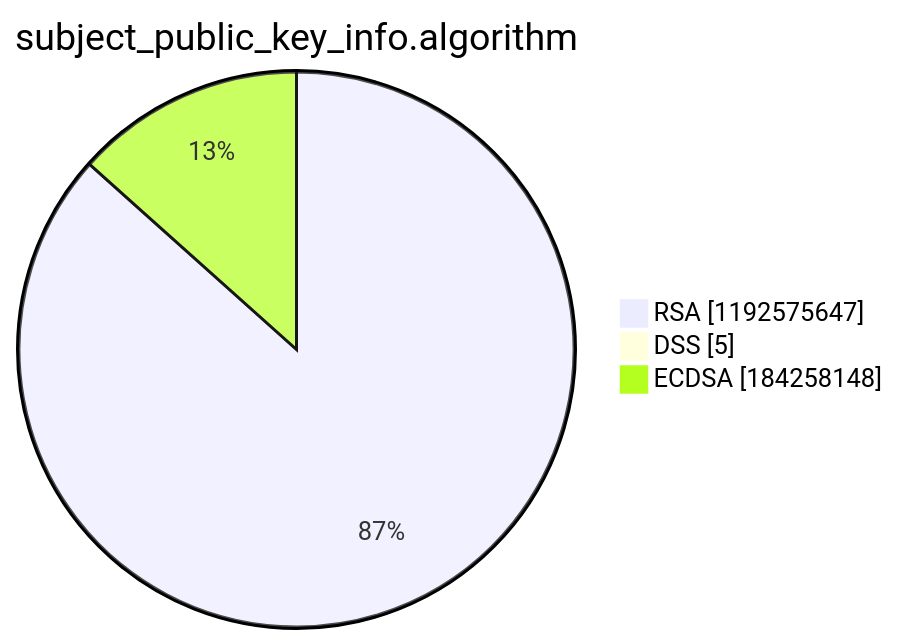
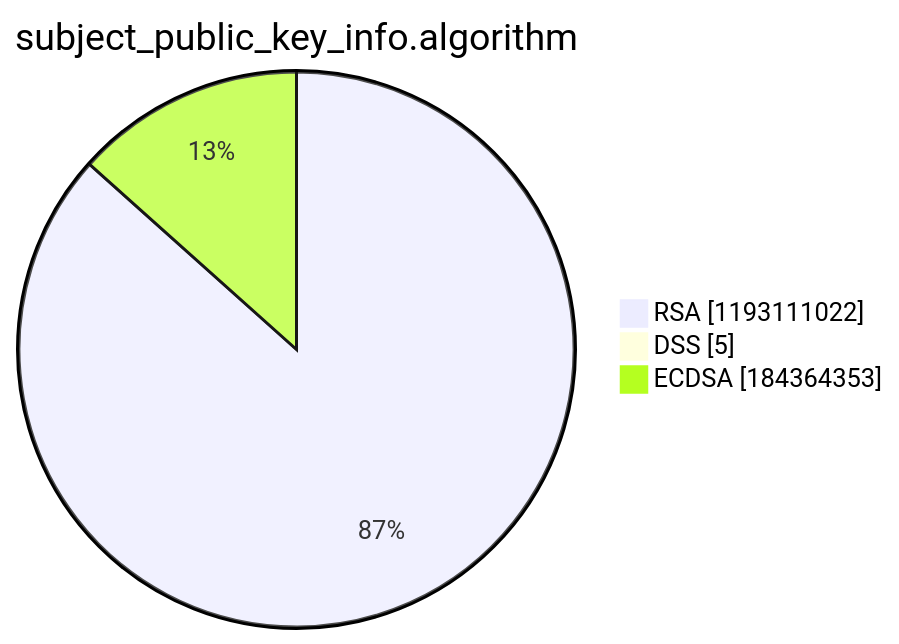
One commit to christiankrug/ctmonitor_visualization changed the third of 15 diagrams in argon2022/README.md. Above: the diagram before and after it, drawn with Mermaid. The commit also changed other lines of this file, not shown here.

````diff
--- a/argon2022/README.md
+++ b/argon2022/README.md
@@ -14,7 +14,7 @@
 ```mermaid
 pie showData
 title subject_public_key_info.algorithm
-"RSA" :1192575647
+"RSA" :1193111022
 "DSS" :5
-"ECDSA" :184258148
+"ECDSA" :184364353
 ```
````
